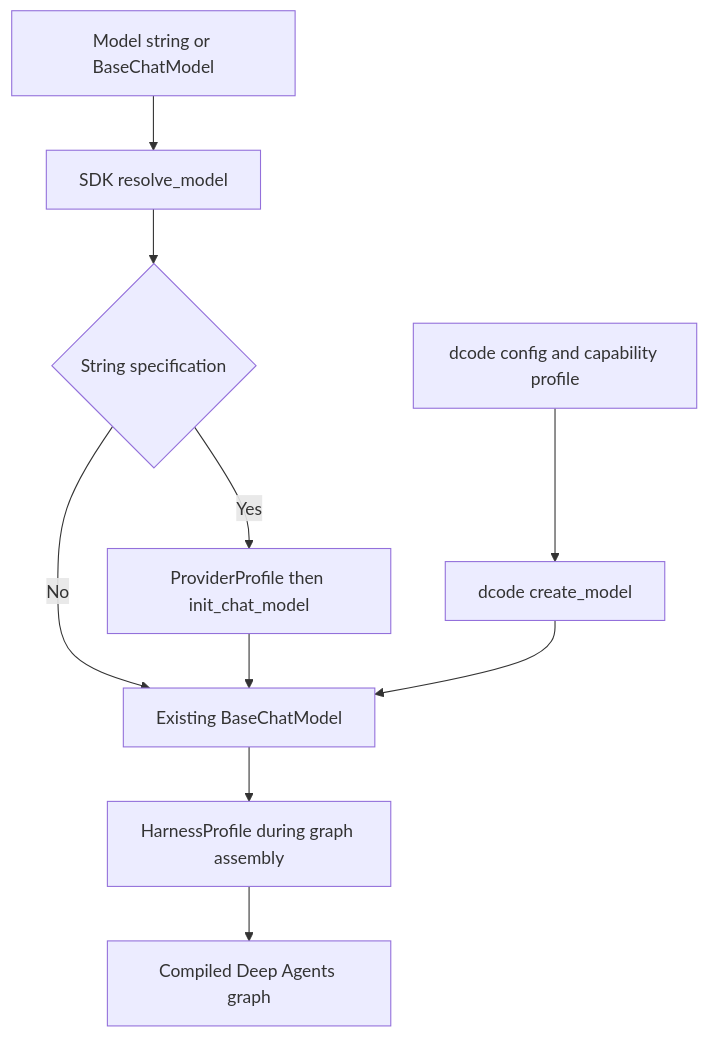
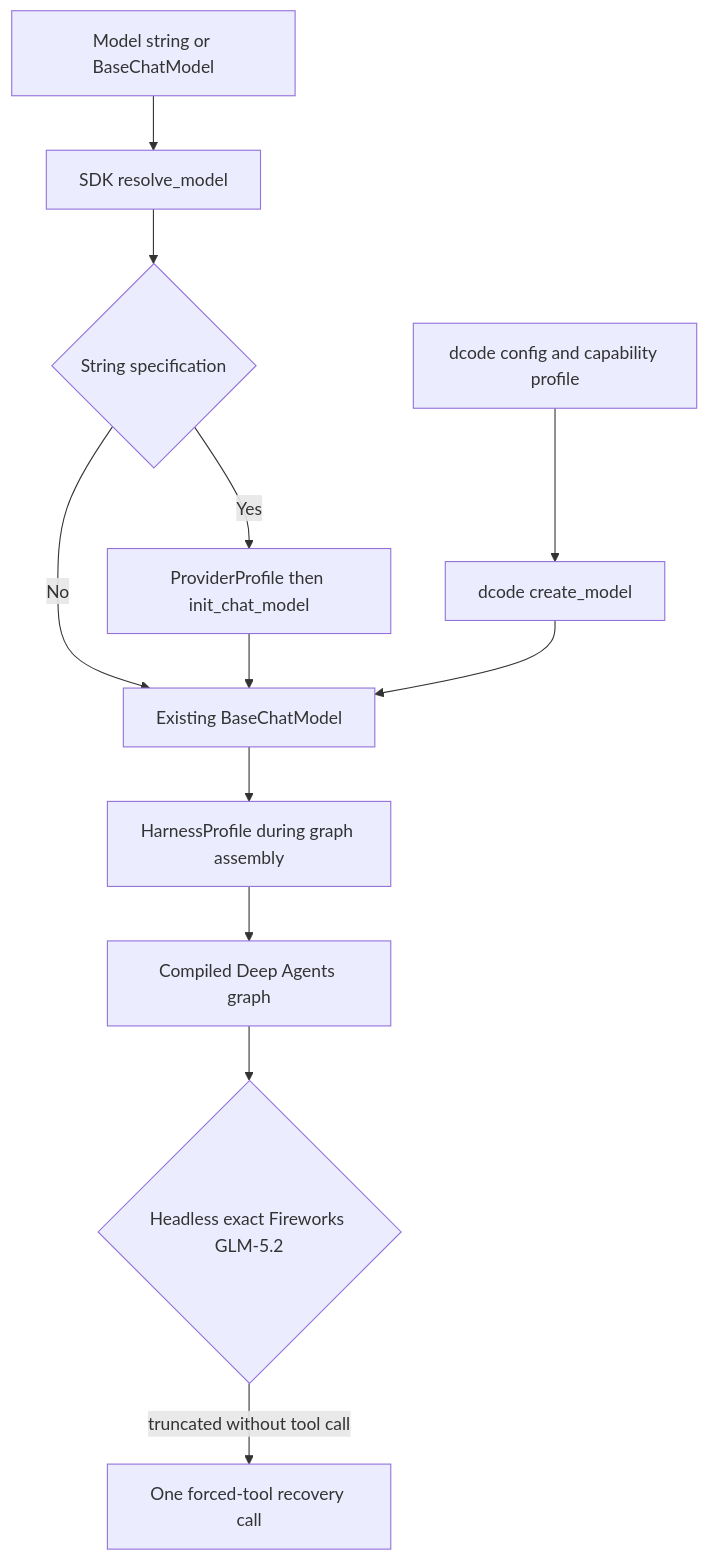
One commit to langchain-ai/deepagents changed the first of 2 diagrams in openwiki/concepts/profiles-models.md. Above: the diagram before and after it, drawn with Mermaid. The commit also changed other lines of this file and 29 other files, not shown here.

````diff
--- a/openwiki/concepts/profiles-models.md
+++ b/openwiki/concepts/profiles-models.md
@@ -70,12 +74,14 @@
 ```mermaid
 flowchart TD
     Input["Model string or BaseChatModel"] --> Resolve["SDK resolve_model"]
     Resolve --> IsString{"String specification"}
     IsString -->|Yes| Provider["ProviderProfile then init_chat_model"]
     IsString -->|No| Model["Existing BaseChatModel"]
     Provider --> Model
     Model --> Harness["HarnessProfile during graph assembly"]
     Harness --> Agent["Compiled Deep Agents graph"]
     DcodeConfig["dcode config and capability profile"] --> DcodeBuild["dcode create_model"]
     DcodeBuild --> Model
+    Agent --> Headless{"Headless exact Fireworks GLM-5.2"}
+    Headless -->|truncated without tool call| Recover["One forced-tool recovery call"]
 ```
````
